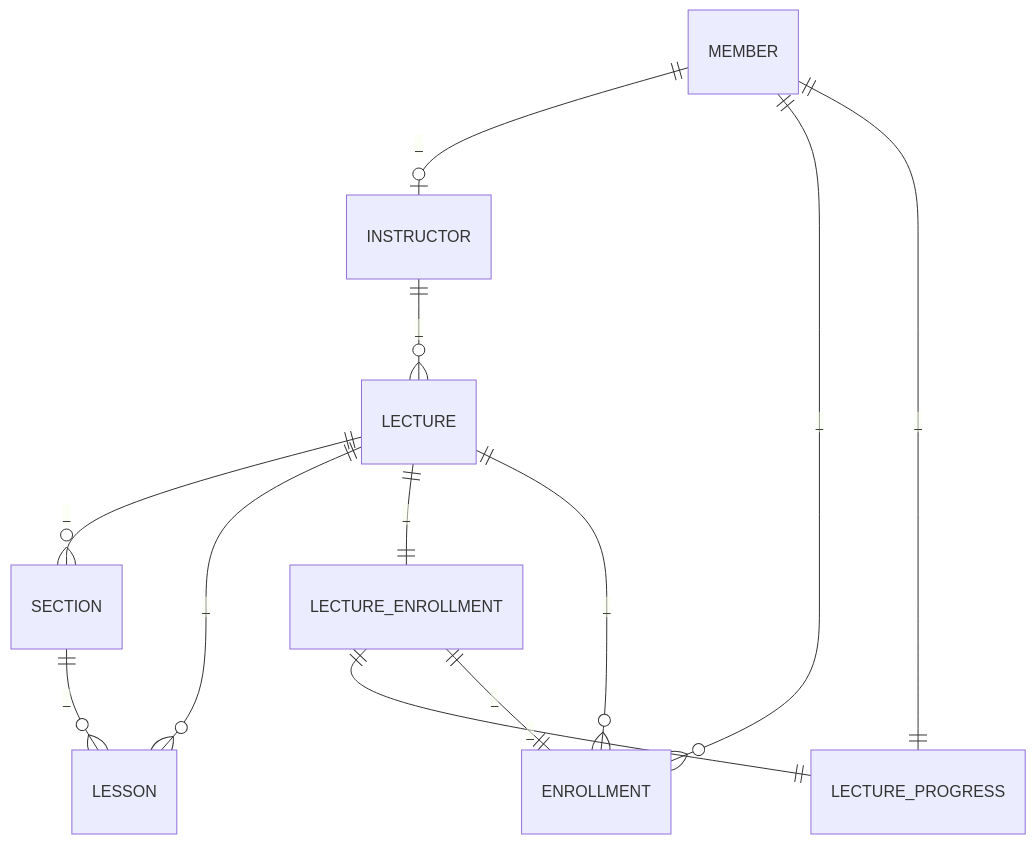
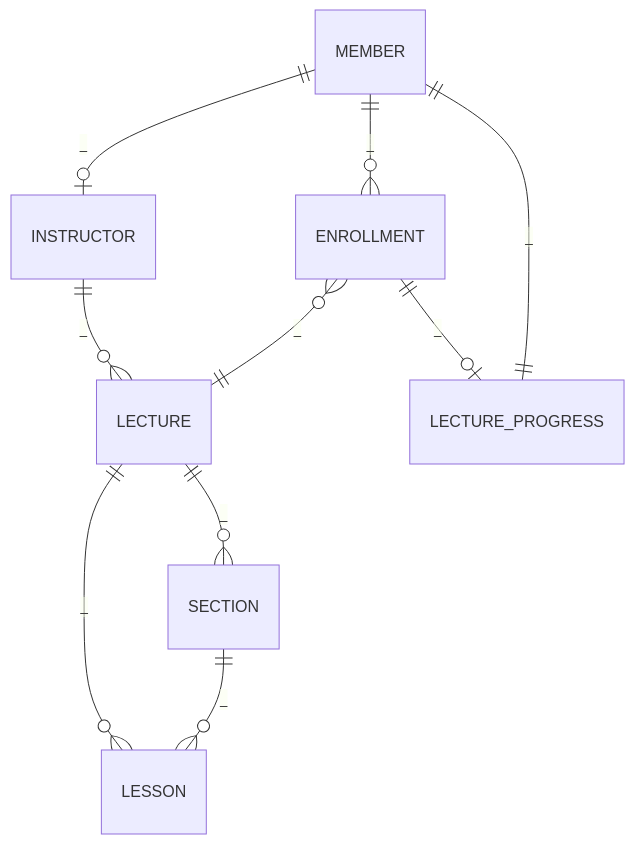
Before and after one commit to bombo-dev/toby-splearn: the diagram in docs/domain-model-diagram.md, drawn with Mermaid.

Commit message:
[STUDY-002] docs: 2차 도메인 설계
- 회원과 강의 진행사항을 연결해야 하는가?

````diff
--- a/docs/domain-model-diagram.md
+++ b/docs/domain-model-diagram.md
@@ -1,20 +1,18 @@
 ```mermaid
 erDiagram
     MEMBER ||--|o INSTRUCTOR : _
     INSTRUCTOR ||--o{ LECTURE : _
 
     MEMBER ||--o{ ENROLLMENT : _
     
     LECTURE ||--o{ SECTION : _
     LECTURE ||--o{ LESSON : _
     
-    LECTURE ||--|| LECTURE_ENROLLMENT : _
-    LECTURE_ENROLLMENT ||--|| LECTURE_PROGRESS : _
-    LECTURE_ENROLLMENT ||--|| ENROLLMENT: _
+    ENROLLMENT ||--|o LECTURE_PROGRESS : _
 
     SECTION ||--o{ LESSON : _
 
     ENROLLMENT }o--|| LECTURE : _
 
     LECTURE_PROGRESS ||--|| MEMBER : _
 ```
````
